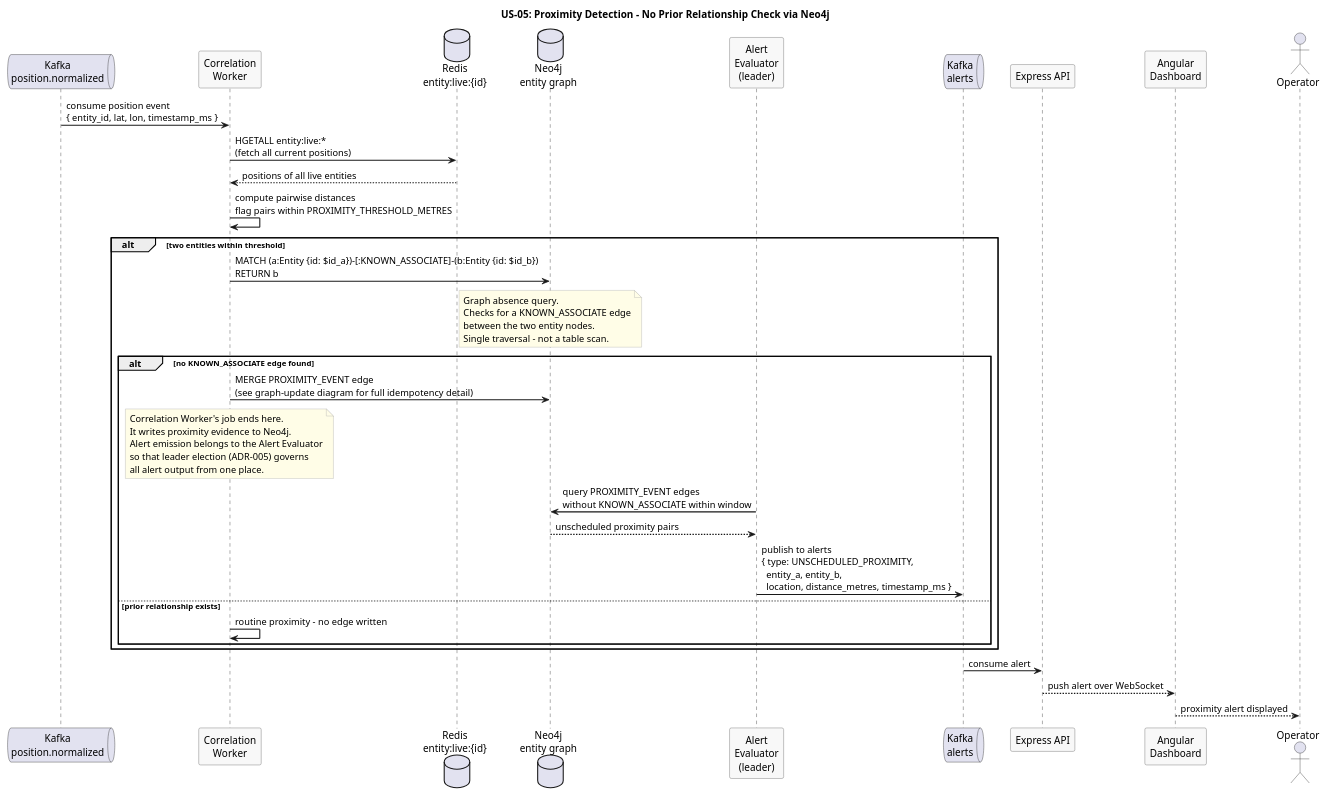
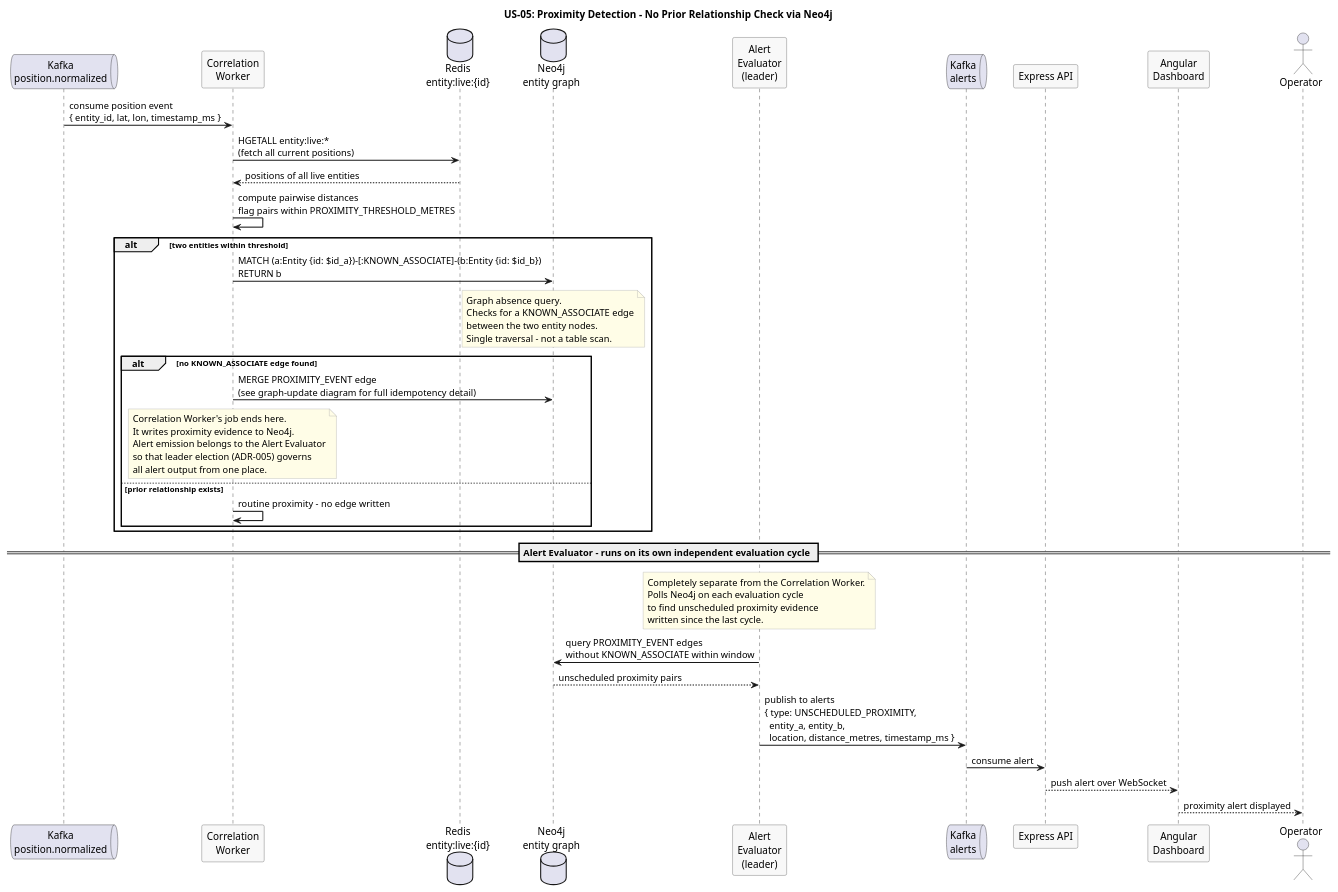
One commit to Buffden/sentinel changed the diagram in docs/use-cases/US-05-unscheduled-proximity/proximity-detection.puml. Above: the diagram before and after it, drawn with PlantUML. The commit also changed 4 other files, not shown here.

Commit message:
docs: fix alert emission and store ownership - alert evaluator emits all alerts, position consumer owns TSDB and Redis, correlation worker owns Neo4j

```diff
--- a/docs/use-cases/US-05-unscheduled-proximity/proximity-detection.puml
+++ b/docs/use-cases/US-05-unscheduled-proximity/proximity-detection.puml
@@ -1,60 +1,69 @@
 @startuml proximity-detection
 title US-05: Proximity Detection - No Prior Relationship Check via Neo4j
 
 skinparam sequenceArrowThickness 1.5
 skinparam participantBorderColor #555555
 skinparam participantBackgroundColor #F8F8F8
 skinparam noteBorderColor #AAAAAA
 skinparam noteBackgroundColor #FFFDE7
 
 queue "Kafka\nposition.normalized" as Kafka
 participant "Correlation\nWorker" as Correlation
 database "Redis\nentity:live:{id}" as Redis
 database "Neo4j\nentity graph" as Neo4j
 participant "Alert\nEvaluator\n(leader)" as Evaluator
 queue "Kafka\nalerts" as Alerts
 participant "Express API" as API
 participant "Angular\nDashboard" as Dashboard
 actor Operator
 
 Kafka -> Correlation : consume position event\n{ entity_id, lat, lon, timestamp_ms }
 
 Correlation -> Redis : HGETALL entity:live:*\n(fetch all current positions)
 Redis --> Correlation : positions of all live entities
 
 Correlation -> Correlation : compute pairwise distances\nflag pairs within PROXIMITY_THRESHOLD_METRES
 
 alt two entities within threshold
   Correlation -> Neo4j : MATCH (a:Entity {id: $id_a})-[:KNOWN_ASSOCIATE]-(b:Entity {id: $id_b})\nRETURN b
 
   note over Neo4j
     Graph absence query.
     Checks for a KNOWN_ASSOCIATE edge
     between the two entity nodes.
     Single traversal - not a table scan.
   end note
 
   alt no KNOWN_ASSOCIATE edge found
     Correlation -> Neo4j : MERGE PROXIMITY_EVENT edge\n(see graph-update diagram for full idempotency detail)
 
     note over Correlation
       Correlation Worker's job ends here.
       It writes proximity evidence to Neo4j.
       Alert emission belongs to the Alert Evaluator
       so that leader election (ADR-005) governs
       all alert output from one place.
     end note
-
-    Evaluator -> Neo4j : query PROXIMITY_EVENT edges\nwithout KNOWN_ASSOCIATE within window
-    Neo4j --> Evaluator : unscheduled proximity pairs
-    Evaluator -> Alerts : publish to alerts\n{ type: UNSCHEDULED_PROXIMITY,\n  entity_a, entity_b,\n  location, distance_metres, timestamp_ms }
   else prior relationship exists
     Correlation -> Correlation : routine proximity - no edge written
   end
 end
+
+== Alert Evaluator - runs on its own independent evaluation cycle ==
+
+note over Evaluator
+  Completely separate from the Correlation Worker.
+  Polls Neo4j on each evaluation cycle
+  to find unscheduled proximity evidence
+  written since the last cycle.
+end note
+
+Evaluator -> Neo4j : query PROXIMITY_EVENT edges\nwithout KNOWN_ASSOCIATE within window
+Neo4j --> Evaluator : unscheduled proximity pairs
+Evaluator -> Alerts : publish to alerts\n{ type: UNSCHEDULED_PROXIMITY,\n  entity_a, entity_b,\n  location, distance_metres, timestamp_ms }
 
 Alerts -> API : consume alert
 API --> Dashboard : push alert over WebSocket
 Dashboard --> Operator : proximity alert displayed
 
 @enduml
```
